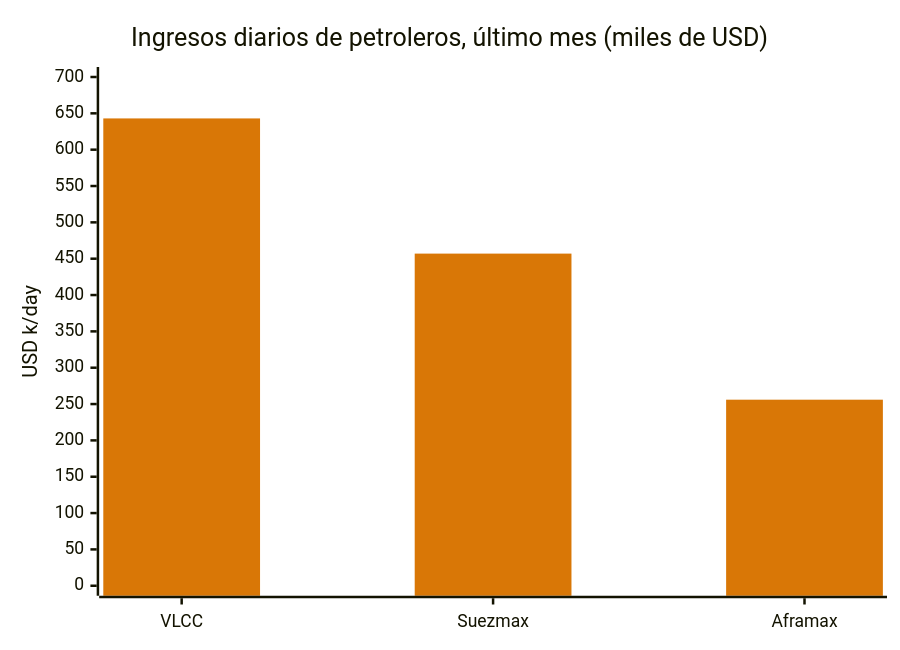
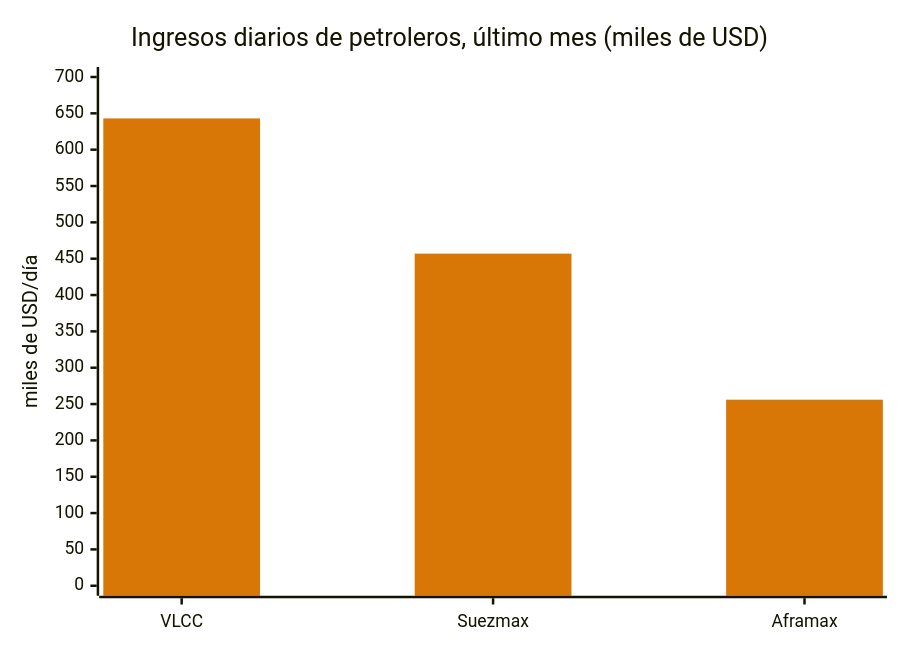
One commit to dureach/research changed the second of 19 diagrams in Global-Trade-Intelligence-weekly-2026-10-19/index.es.md. Above: the diagram before and after it, drawn with Mermaid. The commit also changed other lines of this file and 5 other files, not shown here.

````diff
--- a/Global-Trade-Intelligence-weekly-2026-10-19/index.es.md
+++ b/Global-Trade-Intelligence-weekly-2026-10-19/index.es.md
@@ -119,8 +119,8 @@
 ```mermaid
 %%{init: {'theme': 'base', 'themeVariables': {'xyChart': {'plotColorPalette': '#d97706'}}}}%%
 xychart-beta
     title "Ingresos diarios de petroleros, último mes (miles de USD)"
     x-axis ["VLCC", "Suezmax", "Aframax"]
-    y-axis "USD k/day" 0 --> 700
+    y-axis "miles de USD/día" 0 --> 700
     bar [643, 457, 256]
 ```
````
